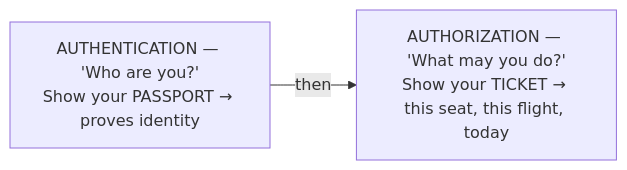
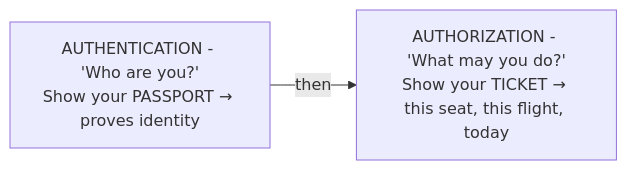
One commit to Topurrra/themissingmanual changed the first of 2 diagrams in guides/security/auth-vs-authz/01-authentication-vs-authorization.md. Above: the diagram before and after it, drawn with Mermaid. The commit also changed other lines of this file and 1072 other files, not shown here.

````diff
--- a/guides/security/auth-vs-authz/01-authentication-vs-authorization.md
+++ b/guides/security/auth-vs-authz/01-authentication-vs-authorization.md
@@ -22,6 +22,6 @@
 ```mermaid
 flowchart LR
-  authn["AUTHENTICATION — 'Who are you?'<br/>Show your PASSPORT → proves identity"]
-  authz["AUTHORIZATION — 'What may you do?'<br/>Show your TICKET → this seat, this flight, today"]
+  authn["AUTHENTICATION - 'Who are you?'<br/>Show your PASSPORT → proves identity"]
+  authz["AUTHORIZATION - 'What may you do?'<br/>Show your TICKET → this seat, this flight, today"]
   authn -- then --> authz
 ```
````
